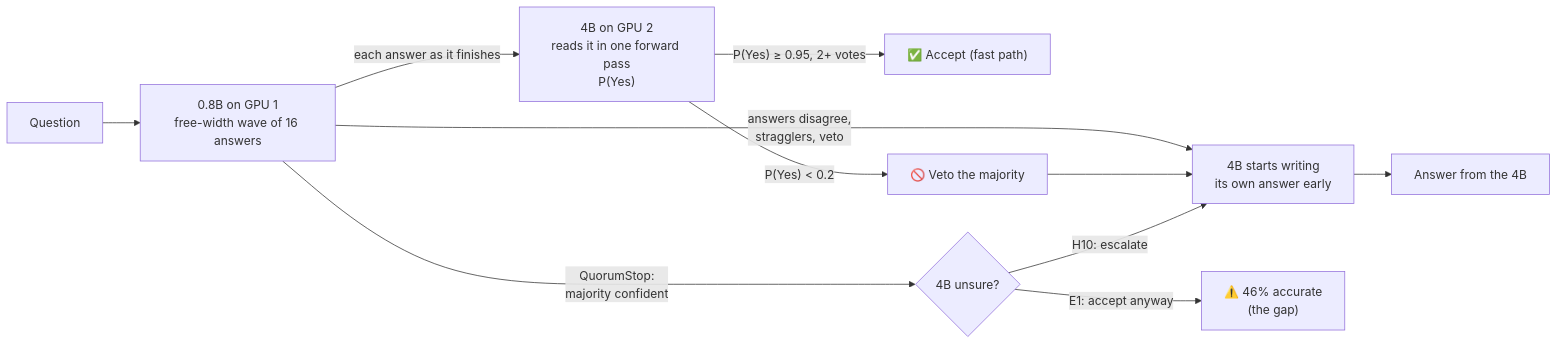
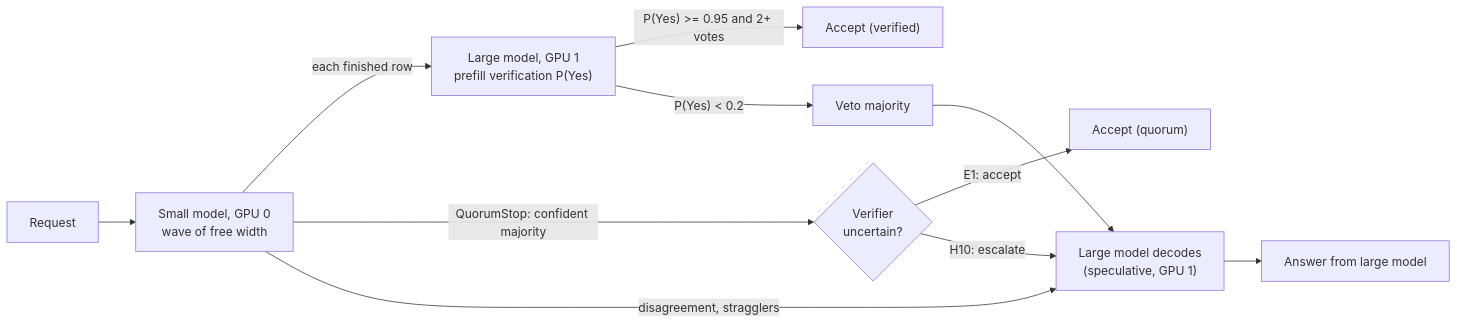
Before and after one commit to Tejascodz/Freewidth: the diagram in README.md, drawn with Mermaid. The commit also changed other lines of this file and 5 other files, not shown here.

````diff
--- a/README.md
+++ b/README.md
@@ -67,13 +93,13 @@
 ```mermaid
 flowchart LR
-    Q["Question"] --> S["0.8B on GPU 1<br/>free-width wave of 16 answers"]
-    S -- each answer as it finishes --> V["4B on GPU 2<br/>reads it in one forward pass<br/>P(Yes)"]
-    V -- "P(Yes) ≥ 0.95, 2+ votes" --> A["✅ Accept (fast path)"]
-    V -- "P(Yes) < 0.2" --> X["🚫 Veto the majority"]
-    S -- "answers disagree,<br/>stragglers, veto" --> B["4B starts writing<br/>its own answer early"]
+    Q["Request"] --> W["Small model, GPU 0<br/>wave of free width"]
+    W -- "each finished row" --> V["Large model, GPU 1<br/>prefill verification P(Yes)"]
+    V -- "P(Yes) >= 0.95 and 2+ votes" --> A["Accept (verified)"]
+    V -- "P(Yes) < 0.2" --> X["Veto majority"]
+    W -- "QuorumStop: confident majority" --> U{"Verifier<br/>uncertain?"}
+    U -- "E1: accept" --> AQ["Accept (quorum)"]
+    U -- "H10: escalate" --> B
+    W -- "disagreement, stragglers" --> B["Large model decodes<br/>(speculative, GPU 1)"]
     X --> B
-    B --> F["Answer from the 4B"]
-    S -- "QuorumStop:<br/>majority confident" --> M{4B unsure?}
-    M -- "E1: accept anyway" --> W["⚠️ 46% accurate<br/>(the gap)"]
-    M -- "H10: escalate" --> B
+    B --> F["Answer from large model"]
 ```
````
